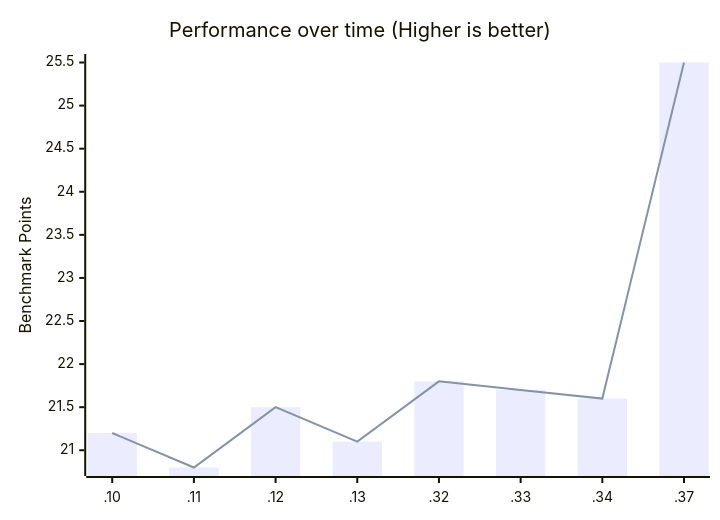
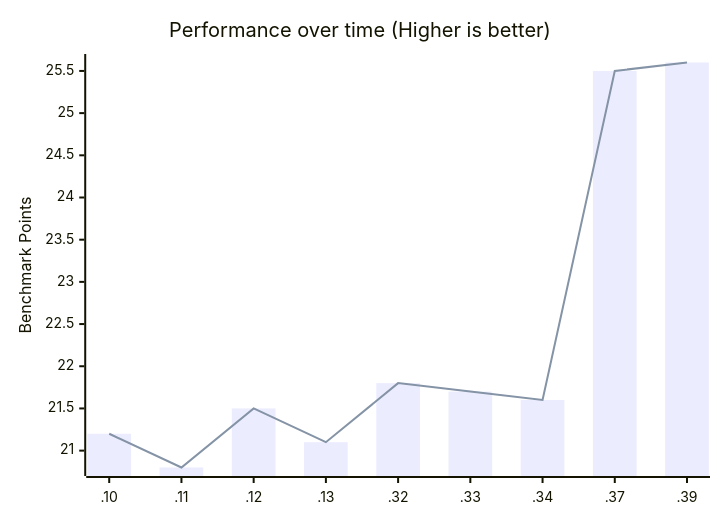
Before and after one commit to zen-browser/docs: the first of 4 diagrams in content/benchmarks.md, drawn with Mermaid. The commit also changed other lines of this file, not shown here.

````diff
--- a/content/benchmarks.md
+++ b/content/benchmarks.md
@@ -34,8 +35,8 @@
 ```mermaid
 xychart-beta
     title "Performance over time (Higher is better)"
-    x-axis [.10, .11, .12, .13, .32, .33, .34, .37]
+    x-axis [.10, .11, .12, .13, .32, .33, .34, .37, .39]
     y-axis "Benchmark Points"
-    bar [21.2,20.8,21.5,21.1,21.8,21.7,21.6,25.5]
-    line [21.2,20.8,21.5,21.1,21.8,21.7,21.6,25.5]
+    bar [21.2,20.8,21.5,21.1,21.8,21.7,21.6,25.5,25.6]
+    line [21.2,20.8,21.5,21.1,21.8,21.7,21.6,25.5,25.6]
 ```
````
